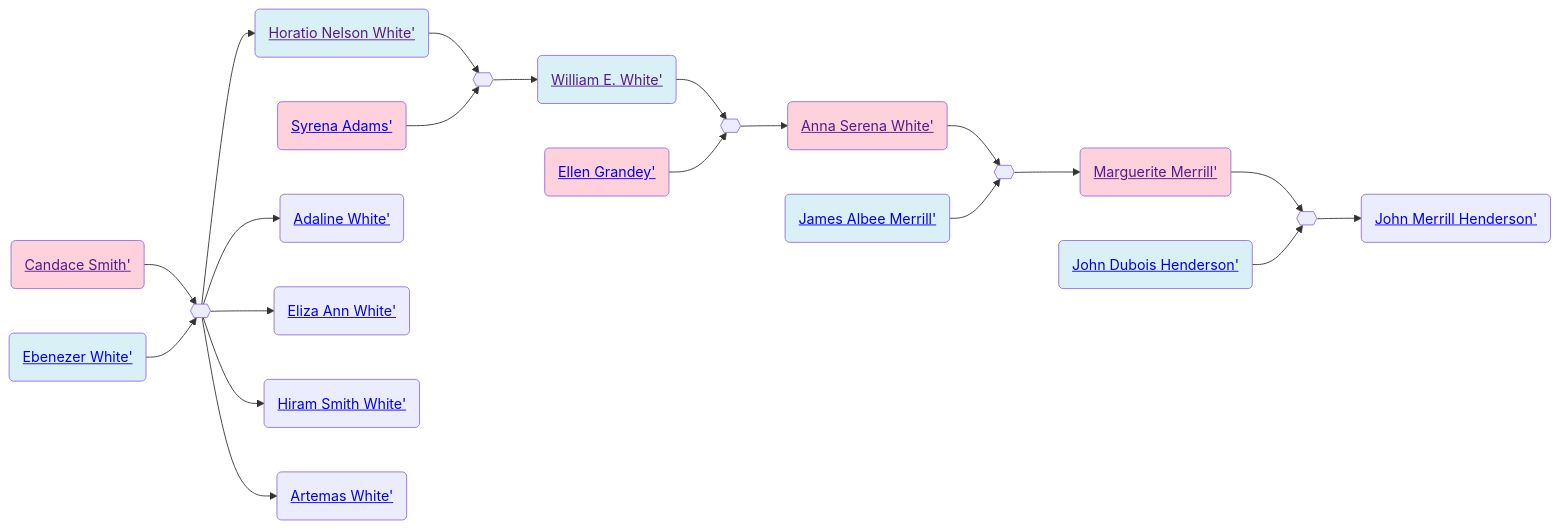
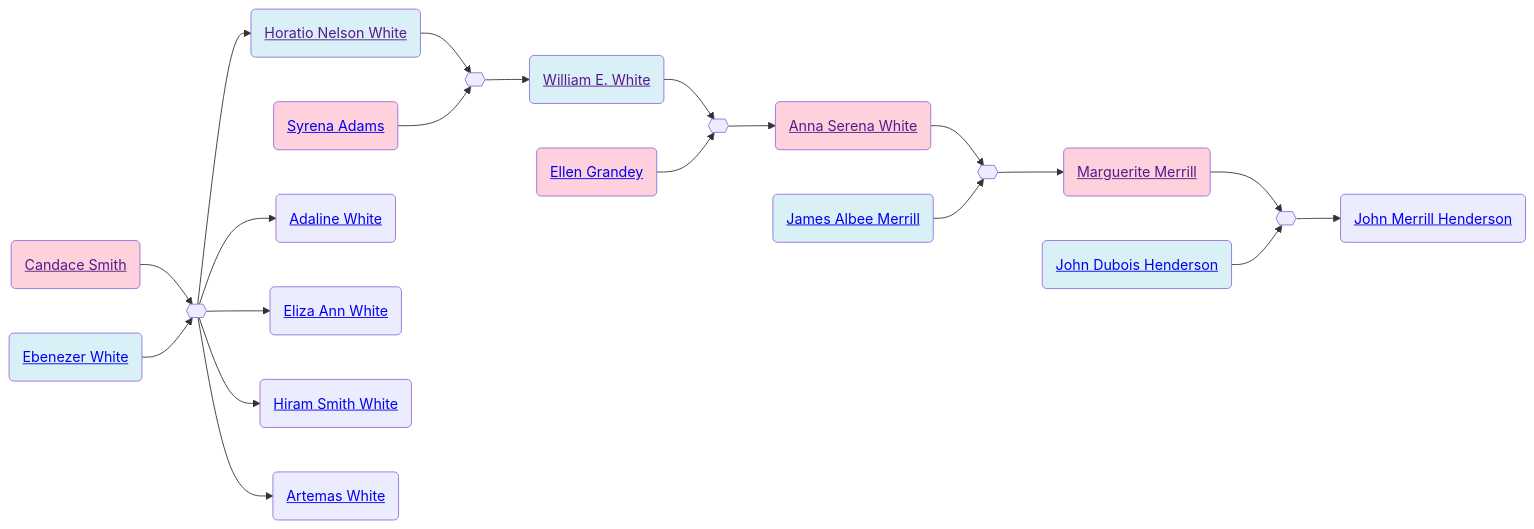
Before and after one commit to neelsmith/avocational: the second of 2 diagrams in familyhistory/sources/people/Merrill-line/White-line/Candace-Smith-line/Candace_Smith.qmd, drawn with Mermaid. The commit also changed other lines of this file and 96 other files, not shown here.

````diff
--- a/familyhistory/sources/people/Merrill-line/White-line/Candace-Smith-line/Candace_Smith.qmd
+++ b/familyhistory/sources/people/Merrill-line/White-line/Candace-Smith-line/Candace_Smith.qmd
@@ -63,50 +63,50 @@
 ```{mermaid}
 graph LR
 %% LR descendant diagram
 class Candace_Smith_and_Ebenezer_White marriage
-Candace_Smith(<a href=''>Candace Smith'</>) --> Candace_Smith_and_Ebenezer_White{{ }}
-Ebenezer_White(<a href='./../Ebenezer_White.html'>Ebenezer White'</>) --> Candace_Smith_and_Ebenezer_White{{ }}
+Candace_Smith(<a href=''>Candace Smith</a>) --> Candace_Smith_and_Ebenezer_White{{ }}
+Ebenezer_White(<a href='./../Ebenezer_White.html'>Ebenezer White</a>) --> Candace_Smith_and_Ebenezer_White{{ }}
 class Ebenezer_White father
 class Candace_Smith mother
-Candace_Smith_and_Ebenezer_White{{ }} --> Horatio_Nelson_White(<a href='./../Horatio_Nelson_White.html'>Horatio Nelson White'</>)
+Candace_Smith_and_Ebenezer_White{{ }} --> Horatio_Nelson_White(<a href='./../Horatio_Nelson_White.html'>Horatio Nelson White</a>)
 class Horatio_Nelson_White_and_Syrena_Adams marriage
-Horatio_Nelson_White(<a href=''>Horatio Nelson White'</>) --> Horatio_Nelson_White_and_Syrena_Adams{{ }}
-Syrena_Adams(<a href='./Syrena_Adams.html'>Syrena Adams'</>) --> Horatio_Nelson_White_and_Syrena_Adams{{ }}
+Horatio_Nelson_White(<a href=''>Horatio Nelson White</a>) --> Horatio_Nelson_White_and_Syrena_Adams{{ }}
+Syrena_Adams(<a href='./Syrena_Adams.html'>Syrena Adams</a>) --> Horatio_Nelson_White_and_Syrena_Adams{{ }}
 class Horatio_Nelson_White father
 class Syrena_Adams mother
-Horatio_Nelson_White_and_Syrena_Adams{{ }} --> William_E._White(<a href='./William_E._White.html'>William E. White'</>)
+Horatio_Nelson_White_and_Syrena_Adams{{ }} --> William_E._White(<a href='./William_E._White.html'>William E. White</a>)
 class William_E._White_and_Ellen_Grandey marriage
-William_E._White(<a href=''>William E. White'</>) --> William_E._White_and_Ellen_Grandey{{ }}
-Ellen_Grandey(<a href='./../Grandey-line/Ellen_Grandey.html'>Ellen Grandey'</>) --> William_E._White_and_Ellen_Grandey{{ }}
+William_E._White(<a href=''>William E. White</a>) --> William_E._White_and_Ellen_Grandey{{ }}
+Ellen_Grandey(<a href='./../Grandey-line/Ellen_Grandey.html'>Ellen Grandey</a>) --> William_E._White_and_Ellen_Grandey{{ }}
 class William_E._White father
 class Ellen_Grandey mother
-William_E._White_and_Ellen_Grandey{{ }} --> Anna_Serena_White(<a href='./Anna_Serena_White.html'>Anna Serena White'</>)
+William_E._White_and_Ellen_Grandey{{ }} --> Anna_Serena_White(<a href='./Anna_Serena_White.html'>Anna Serena White</a>)
 class Anna_Serena_White_and_James_Albee_Merrill marriage
-Anna_Serena_White(<a href=''>Anna Serena White'</>) --> Anna_Serena_White_and_James_Albee_Merrill{{ }}
-James_Albee_Merrill(<a href='./../James_Albee_Merrill.html'>James Albee Merrill'</>) --> Anna_Serena_White_and_James_Albee_Merrill{{ }}
+Anna_Serena_White(<a href=''>Anna Serena White</a>) --> Anna_Serena_White_and_James_Albee_Merrill{{ }}
+James_Albee_Merrill(<a href='./../James_Albee_Merrill.html'>James Albee Merrill</a>) --> Anna_Serena_White_and_James_Albee_Merrill{{ }}
 class James_Albee_Merrill father
 class Anna_Serena_White mother
-Anna_Serena_White_and_James_Albee_Merrill{{ }} --> Marguerite_Merrill(<a href='./../Marguerite_Merrill.html'>Marguerite Merrill'</>)
+Anna_Serena_White_and_James_Albee_Merrill{{ }} --> Marguerite_Merrill(<a href='./../Marguerite_Merrill.html'>Marguerite Merrill</a>)
 class Marguerite_Merrill_and_John_Dubois_Henderson marriage
-Marguerite_Merrill(<a href=''>Marguerite Merrill'</>) --> Marguerite_Merrill_and_John_Dubois_Henderson{{ }}
-John_Dubois_Henderson(<a href='./../Henderson-line/John_Dubois_Henderson.html'>John Dubois Henderson'</>) --> Marguerite_Merrill_and_John_Dubois_Henderson{{ }}
+Marguerite_Merrill(<a href=''>Marguerite Merrill</a>) --> Marguerite_Merrill_and_John_Dubois_Henderson{{ }}
+John_Dubois_Henderson(<a href='./../Henderson-line/John_Dubois_Henderson.html'>John Dubois Henderson</a>) --> Marguerite_Merrill_and_John_Dubois_Henderson{{ }}
 class John_Dubois_Henderson father
 class Marguerite_Merrill mother
-Marguerite_Merrill_and_John_Dubois_Henderson{{ }} --> John_Merrill_Henderson(<a href='./../Henderson-line/John_Merrill_Henderson.html'>John Merrill Henderson'</>)
+Marguerite_Merrill_and_John_Dubois_Henderson{{ }} --> John_Merrill_Henderson(<a href='./../Henderson-line/John_Merrill_Henderson.html'>John Merrill Henderson</a>)
 class Ebenezer_White father
 class Candace_Smith mother
-Candace_Smith_and_Ebenezer_White{{ }} --> Adaline_White(<a href='./../Adaline_White.html'>Adaline White'</>)
+Candace_Smith_and_Ebenezer_White{{ }} --> Adaline_White(<a href='./../Adaline_White.html'>Adaline White</a>)
 class Ebenezer_White father
 class Candace_Smith mother
-Candace_Smith_and_Ebenezer_White{{ }} --> Eliza_Ann_White(<a href='./../Eliza_Ann_White.html'>Eliza Ann White'</>)
+Candace_Smith_and_Ebenezer_White{{ }} --> Eliza_Ann_White(<a href='./../Eliza_Ann_White.html'>Eliza Ann White</a>)
 class Ebenezer_White father
 class Candace_Smith mother
-Candace_Smith_and_Ebenezer_White{{ }} --> Hiram_Smith_White(<a href='./../Hiram_Smith_White.html'>Hiram Smith White'</>)
+Candace_Smith_and_Ebenezer_White{{ }} --> Hiram_Smith_White(<a href='./../Hiram_Smith_White.html'>Hiram Smith White</a>)
 class Ebenezer_White father
 class Candace_Smith mother
-Candace_Smith_and_Ebenezer_White{{ }} --> Artemas_White(<a href='./../Artemas_White.html'>Artemas White'</>)
+Candace_Smith_and_Ebenezer_White{{ }} --> Artemas_White(<a href='./../Artemas_White.html'>Artemas White</a>)
 classDef mother fill:#ffd1dc
 classDef father fill:#daf0f7  
 classDef marriage fill:#ffffff
 
 ```
````
